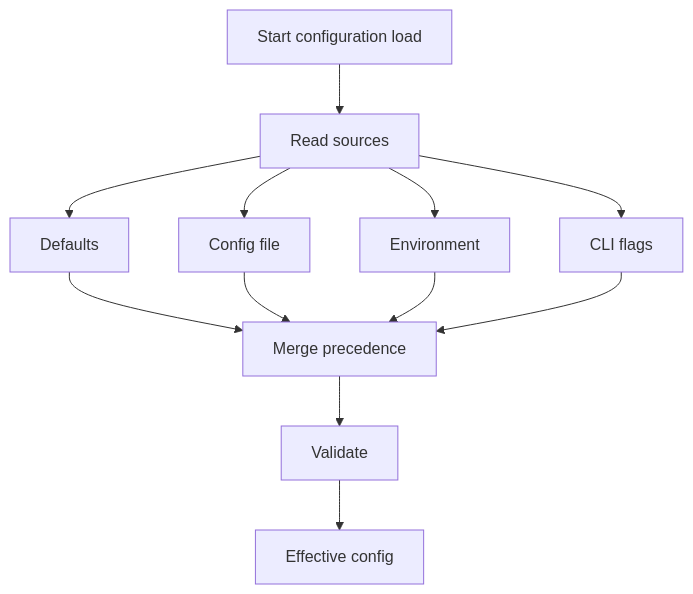
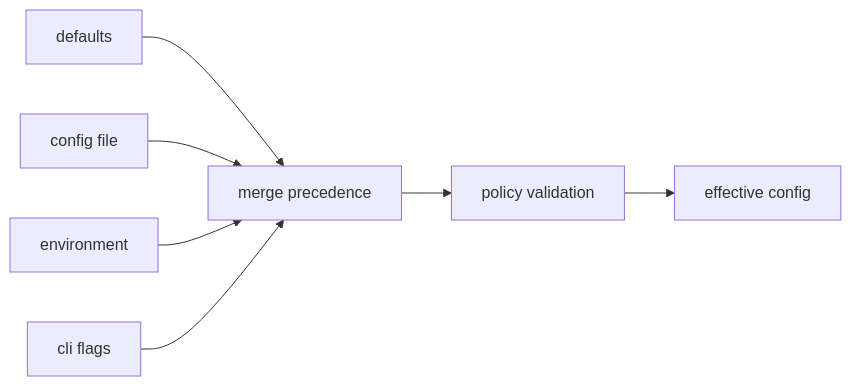
One commit to bijux/bijux-cli changed the diagram in docs/bijux-dag/interfaces/configuration-surface.md. Above: the diagram before and after it, drawn with Mermaid. The commit also changed other lines of this file, not shown here.

Commit message:
docs(dag-interfaces): clarify the configuration surface

````diff
--- a/docs/bijux-dag/interfaces/configuration-surface.md
+++ b/docs/bijux-dag/interfaces/configuration-surface.md
@@ -17,14 +19,9 @@
 ```mermaid
-flowchart TD
-    start[Start configuration load] --> sources[Read sources]
-    sources --> defaults[Defaults]
-    sources --> file[Config file]
-    sources --> env[Environment]
-    sources --> flags[CLI flags]
-    defaults --> merge[Merge precedence]
-    file --> merge
-    env --> merge
-    flags --> merge
-    merge --> validate[Validate]
-    validate --> effective[Effective config]
+flowchart LR
+    defaults["defaults"] --> merge["merge precedence"]
+    file["config file"] --> merge
+    env["environment"] --> merge
+    flags["cli flags"] --> merge
+    merge --> validate["policy validation"]
+    validate --> effective["effective config"]
 ```
````
